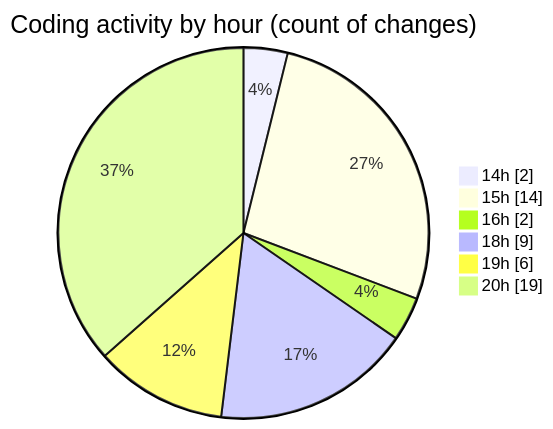
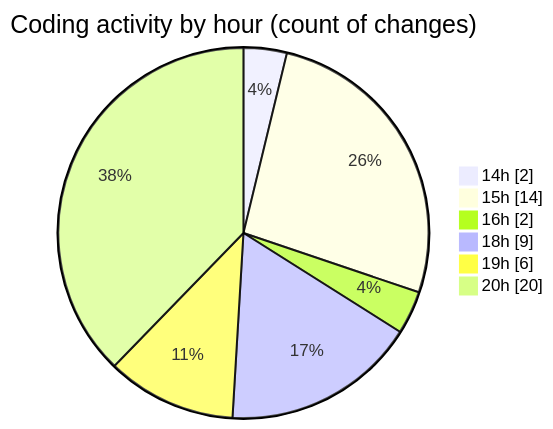
One commit to Netris89/code-tracking changed the second of 2 diagrams in 2025-03-21/back-end/README.md. Above: the diagram before and after it, drawn with Mermaid. The commit also changed other lines of this file and 1 other file, not shown here.

````diff
--- a/2025-03-21/back-end/README.md
+++ b/2025-03-21/back-end/README.md
@@ -31,10 +31,10 @@
 ```mermaid
 pie showData
 title Coding activity by hour (count of changes)
 "14h" : 2
 "15h" : 14
 "16h" : 2
 "18h" : 9
 "19h" : 6
-"20h" : 19
+"20h" : 20
 ```
````
